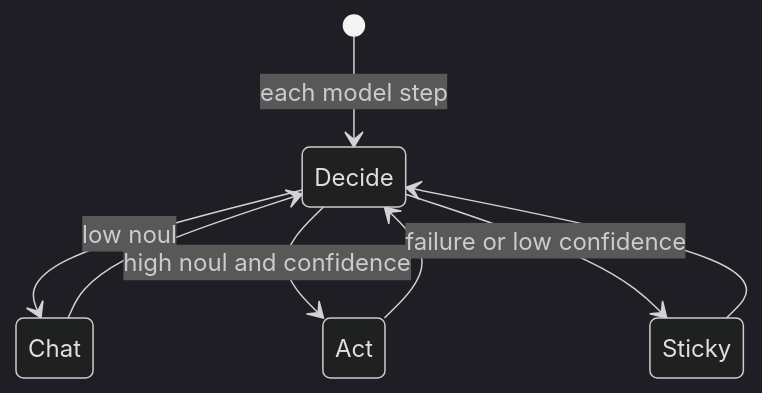
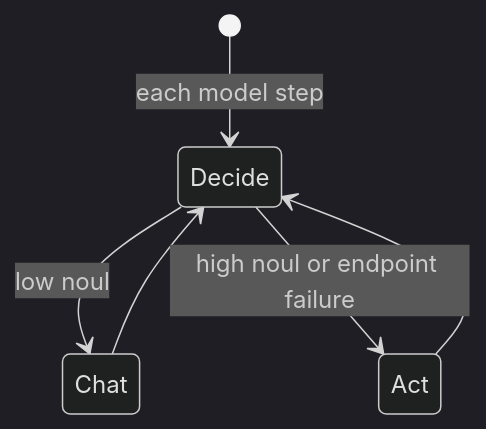
Before and after one commit to rungent/rungent: the third of 3 diagrams in docs/systemone.mdx, drawn with Mermaid (dark theme). The commit also changed other lines of this file and 10 other files, not shown here.

````diff
--- a/docs/systemone.mdx
+++ b/docs/systemone.mdx
@@ -112,10 +100,8 @@
 ```mermaid
 stateDiagram-v2
   [*] --> Decide: each model step
   Decide --> Chat: low noul
-  Decide --> Act: high noul and confidence
-  Decide --> Sticky: failure or low confidence
+  Decide --> Act: high noul or endpoint failure
   Chat --> Decide
   Act --> Decide
-  Sticky --> Decide
 ```
````
